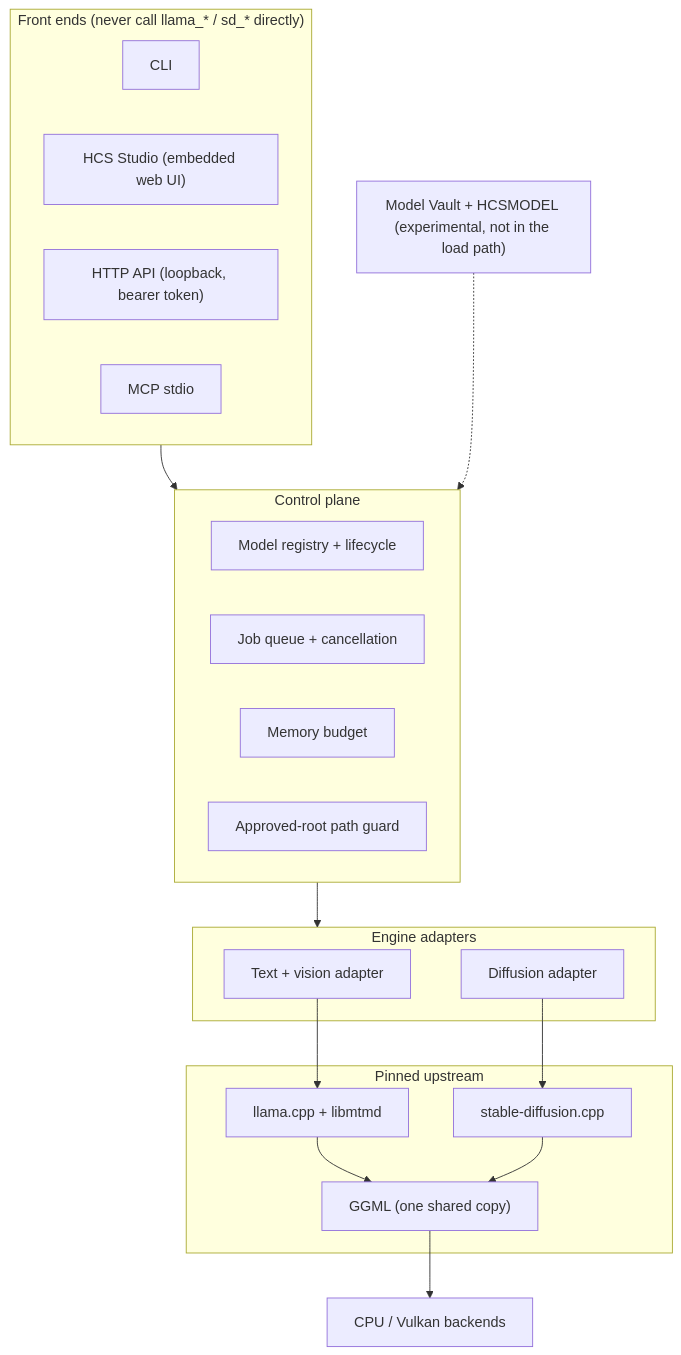
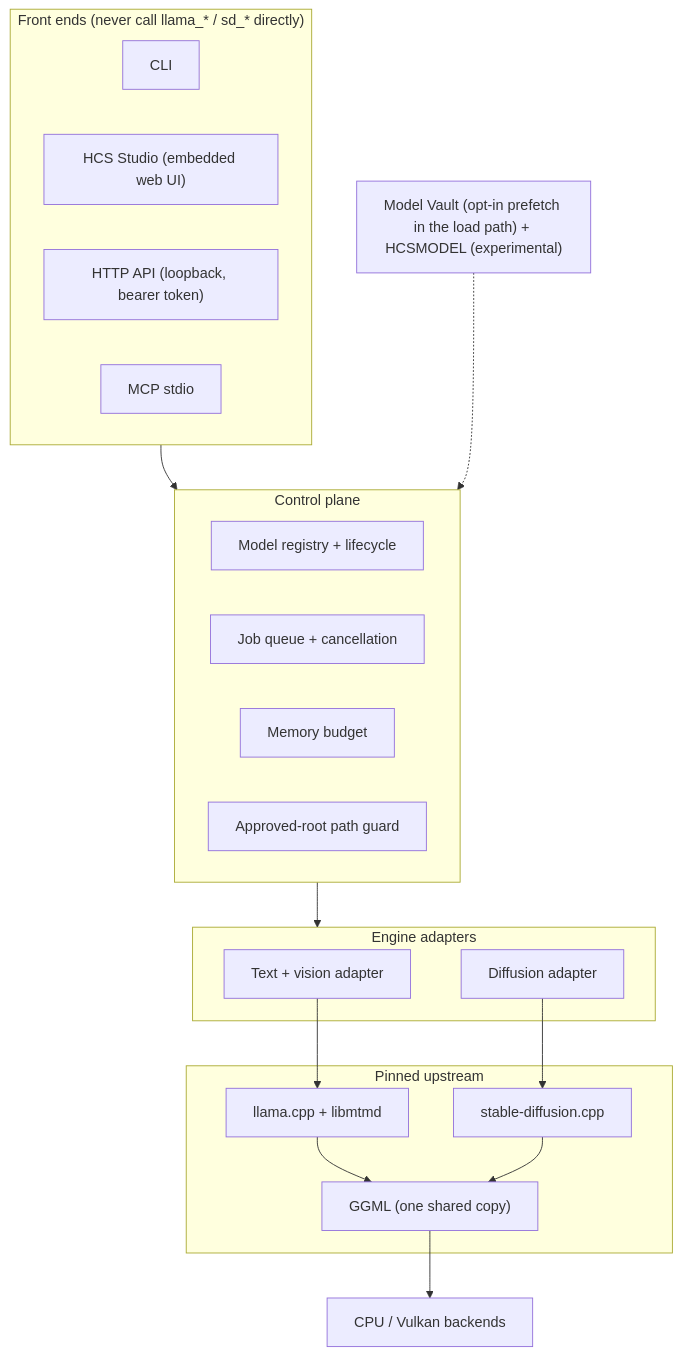
The diagram in README.md (timfromhcs/HCSInfer), drawn with Mermaid before and after one commit. The commit also changed other lines of this file and 12 other files, not shown here.

````diff
--- a/README.md
+++ b/README.md
@@ -200,30 +201,30 @@
 ```mermaid
 flowchart TB
     subgraph Front["Front ends (never call llama_* / sd_* directly)"]
         CLI["CLI"]
         GUI["HCS Studio (embedded web UI)"]
         API["HTTP API (loopback, bearer token)"]
         MCP["MCP stdio"]
     end
     subgraph CP["Control plane"]
         REG["Model registry + lifecycle"]
         JOBS["Job queue + cancellation"]
         MEM["Memory budget"]
         GUARD["Approved-root path guard"]
     end
     subgraph ENG["Engine adapters"]
         TXT["Text + vision adapter"]
         IMG["Diffusion adapter"]
     end
     subgraph UP["Pinned upstream"]
         LL["llama.cpp + libmtmd"]
         SD["stable-diffusion.cpp"]
         GG["GGML (one shared copy)"]
     end
     BK["CPU / Vulkan backends"]
     Front --> CP --> ENG
     TXT --> LL --> GG
     IMG --> SD --> GG
     GG --> BK
-    VAULT["Model Vault + HCSMODEL (experimental, not in the load path)"] -.-> CP
+    VAULT["Model Vault (opt-in prefetch in the load path) + HCSMODEL (experimental)"] -.-> CP
 ```
````
